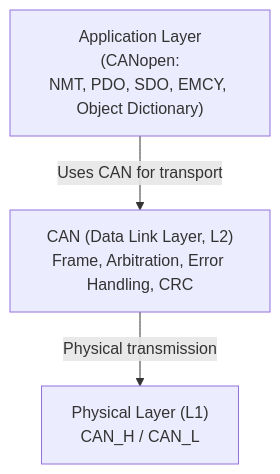
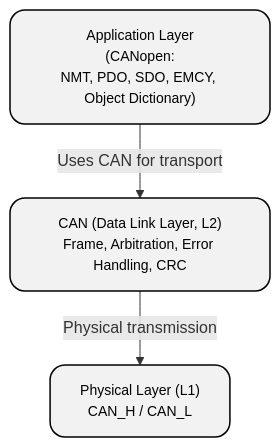
The diagram in content/ru/tech_docs/tech_2.md (gosyuliya/docs), drawn with Mermaid before and after one commit. The commit also changed other lines of this file and 20 other files, not shown here.

Commit message:
color_mermaid

````diff
--- a/content/ru/tech_docs/tech_2.md
+++ b/content/ru/tech_docs/tech_2.md
@@ -193,12 +193,16 @@
 ```mermaid
 flowchart TD
 
     APP["Application Layer<br/>(CANopen:<br/>NMT, PDO, SDO, EMCY, Object Dictionary)"]
 
     CAN["CAN (Data Link Layer, L2)<br/>Frame, Arbitration, Error Handling, CRC"]
 
     PHY["Physical Layer (L1)<br/>CAN_H / CAN_L"]
 
     APP -->|Uses CAN for transport| CAN
     CAN -->|Physical transmission| PHY
+
+    style APP fill:#f2f2f2,stroke:#000000,stroke-width:1.5px,rx:15,ry:15,font-size:14px,color:#000000
+    style CAN fill:#f2f2f2,stroke:#000000,stroke-width:1.5px,rx:15,ry:15,font-size:14px,color:#000000
+    style PHY fill:#f2f2f2,stroke:#000000,stroke-width:1.5px,rx:15,ry:15,font-size:14px,color:#000000
 ```
````
